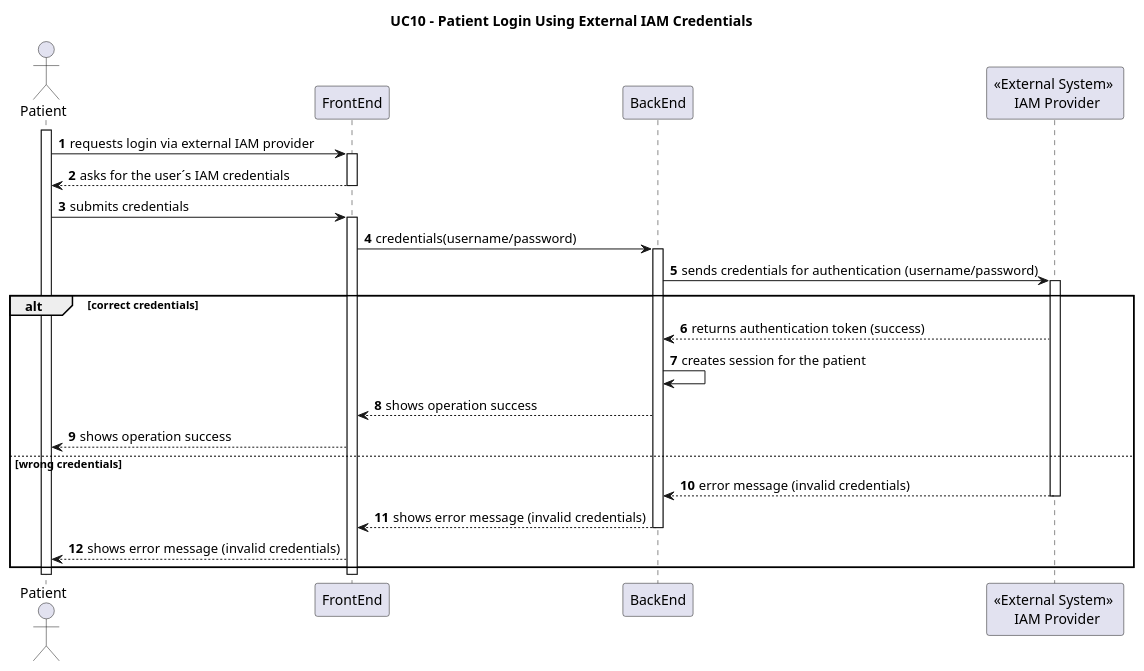
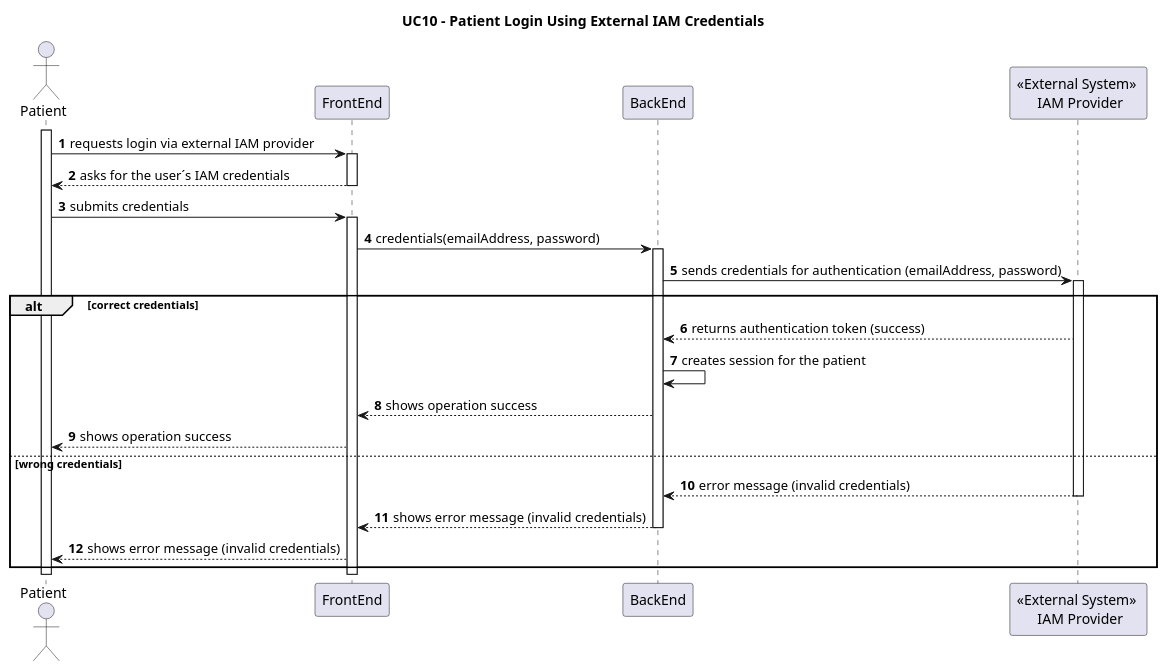
One commit to MiguelCardoso77/SurgicalSync-BackEnd changed the diagram in Wiki/SprintA/diagrams/use-cases/10-log-in-to-the-system-using-the-IAM-credentials/level2/process-view.puml. Above: the diagram before and after it, drawn with PlantUML. The commit also changed 9 other files, not shown here.

Commit message:
#7 - Documentation for "log in to the system using the IAM credentials"

```diff
--- a/Wiki/SprintA/diagrams/use-cases/10-log-in-to-the-system-using-the-IAM-credentials/level2/process-view.puml
+++ b/Wiki/SprintA/diagrams/use-cases/10-log-in-to-the-system-using-the-IAM-credentials/level2/process-view.puml
@@ -1,60 +1,60 @@
 @startuml
 autonumber
 
 Title "UC10 - Patient Login Using External IAM Credentials"
 
 actor "Patient" as P
 participant "FrontEnd" as FE
 participant "BackEnd" as BE 
 participant "<<External System>> \n IAM Provider" as IAM
 
 activate P 
 
 P -> FE: requests login via external IAM provider
 
     activate FE
     
     FE --> P: asks for the user´s IAM credentials
     
     deactivate FE
     
 P -> FE: submits credentials
 
     activate FE
     
-    FE -> BE: credentials(username/password)
+    FE -> BE: credentials(emailAddress, password)
     
     activate BE
 
-    BE -> IAM: sends credentials for authentication (username/password)
+    BE -> IAM: sends credentials for authentication (emailAddress, password)
     
     activate IAM
 
     alt correct credentials
         IAM --> BE: returns authentication token (success)
                 
         BE -> BE: creates session for the patient
         
         BE --> FE: shows operation success
         
         FE --> P : shows operation success
 
     else wrong credentials
         IAM --> BE: error message (invalid credentials)
         deactivate IAM
         
         BE --> FE: shows error message (invalid credentials)
         
         deactivate BE
 
         FE --> P: shows error message (invalid credentials)
 
     end
     
     deactivate IAM
 
     deactivate FE
 
 deactivate P
 
 @enduml
```
